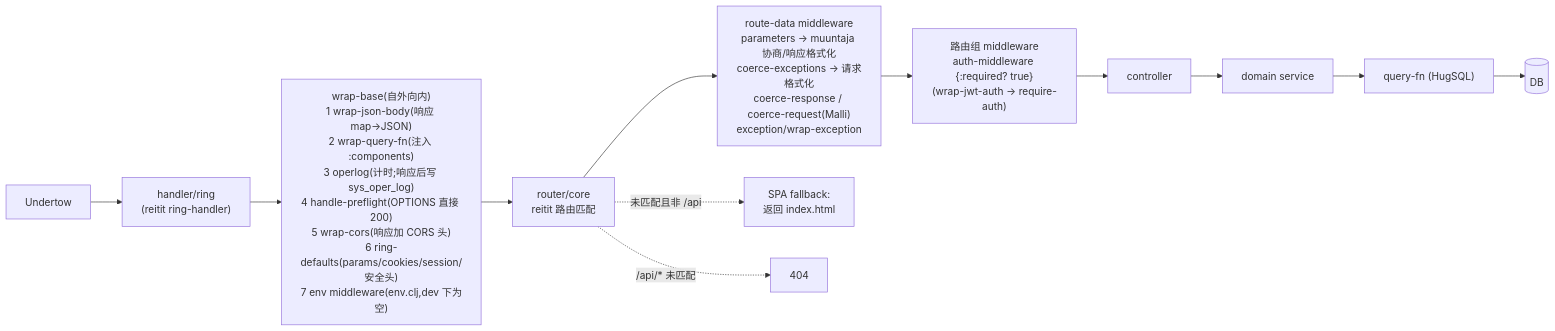
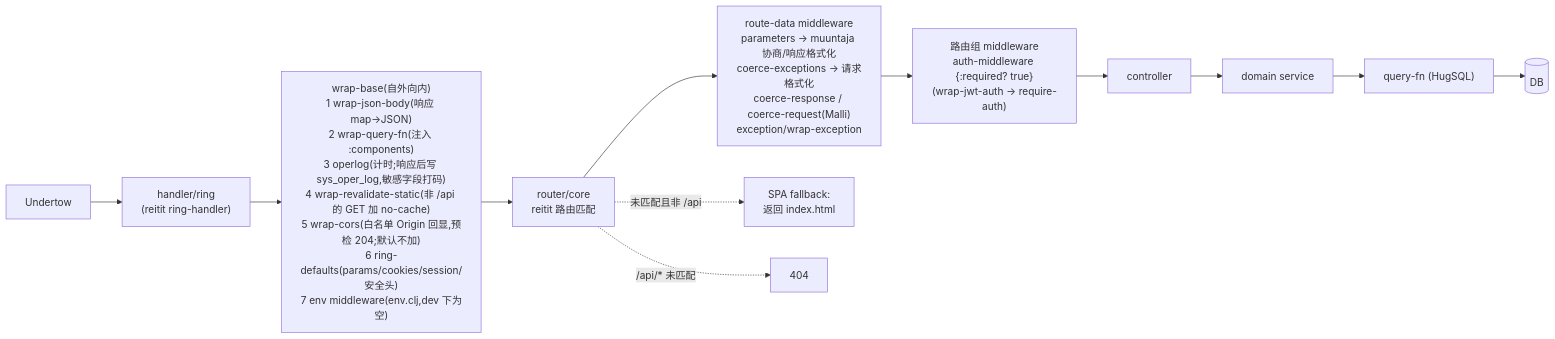
The fourth of 14 diagrams in docs/architecture/c4-model.org (RedCreationTech/clj-cljs-template), drawn with Mermaid before and after one commit. The commit also changed other lines of this file and 257 other files, not shown here.

```diff
--- a/docs/architecture/c4-model.org
+++ b/docs/architecture/c4-model.org
@@ -205,14 +207,14 @@
 #+begin_src mermaid :file img/backend-pipeline.svg :exports results
 flowchart LR
   U[Undertow] --> H["handler/ring<br/>(reitit ring-handler)"]
-  H --> B["wrap-base(自外向内)<br/>1 wrap-json-body(响应 map→JSON)<br/>2 wrap-query-fn(注入 :components)<br/>3 operlog(计时;响应后写 sys_oper_log)<br/>4 handle-preflight(OPTIONS 直接 200)<br/>5 wrap-cors(响应加 CORS 头)<br/>6 ring-defaults(params/cookies/session/安全头)<br/>7 env middleware(env.clj,dev 下为空)"]
+  H --> B["wrap-base(自外向内)<br/>1 wrap-json-body(响应 map→JSON)<br/>2 wrap-query-fn(注入 :components)<br/>3 operlog(计时;响应后写 sys_oper_log,敏感字段打码)<br/>4 wrap-revalidate-static(非 /api 的 GET 加 no-cache)<br/>5 wrap-cors(白名单 Origin 回显,预检 204;默认不加)<br/>6 ring-defaults(params/cookies/session/安全头)<br/>7 env middleware(env.clj,dev 下为空)"]
   B --> R["router/core<br/>reitit 路由匹配"]
   R --> RM["route-data middleware<br/>parameters → muuntaja 协商/响应格式化<br/>coerce-exceptions → 请求格式化<br/>coerce-response / coerce-request(Malli)<br/>exception/wrap-exception"]
   RM --> AM["路由组 middleware<br/>auth-middleware {:required? true}<br/>(wrap-jwt-auth → require-auth)"]
   AM --> C[controller]
   C --> D[domain service]
   D --> Q["query-fn (HugSQL)"]
   Q --> DB[(DB)]
   R -. 未匹配且非 /api .-> SPA["SPA fallback:<br/>返回 index.html"]
   R -. /api/* 未匹配 .-> N404[404]
 #+end_src
```
